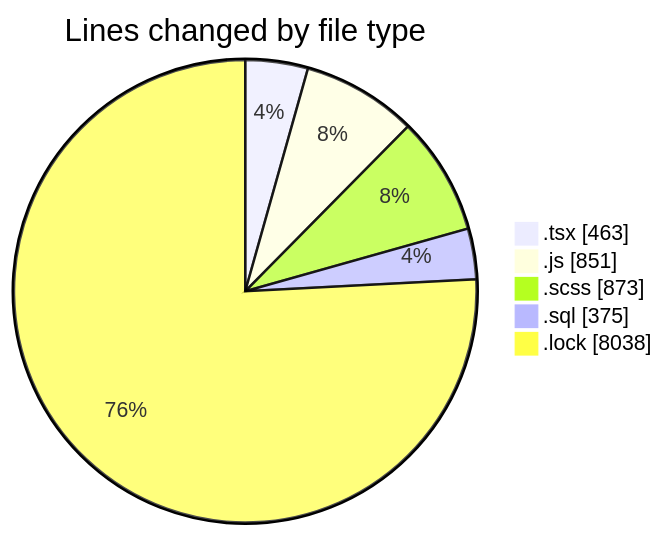
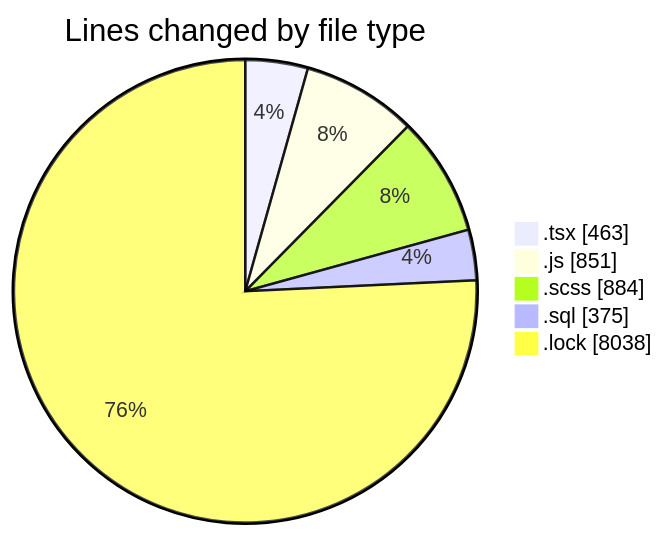
The first of 2 diagrams in 2025-03-18/cda/README.md (momahboobian/code-tracking), drawn with Mermaid before and after one commit. The commit also changed other lines of this file and 1 other file, not shown here.

````diff
--- a/2025-03-18/cda/README.md
+++ b/2025-03-18/cda/README.md
@@ -30,9 +30,9 @@
 ```mermaid
 pie showData
 title Lines changed by file type
 ".tsx" : 463
 ".js" : 851
-".scss" : 873
+".scss" : 884
 ".sql" : 375
 ".lock" : 8038
 ```
````
